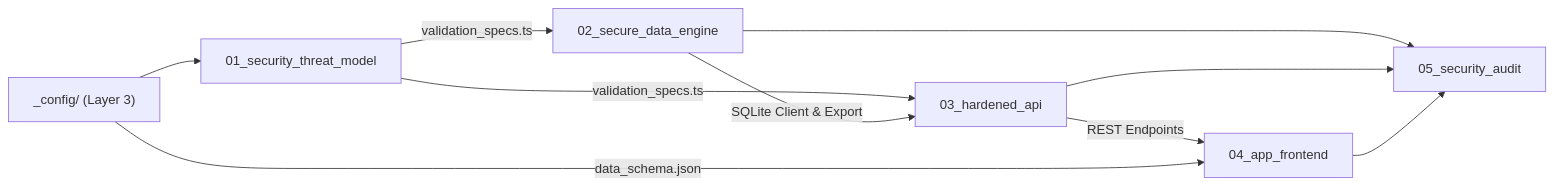
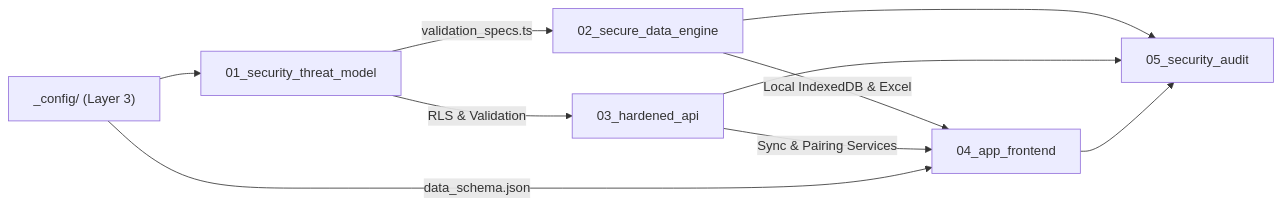
One commit to ZENN-NZ/Curate-CRM changed the diagram in ROUTING.md. Above: the diagram before and after it, drawn with Mermaid. The commit also changed other lines of this file and 25 other files, not shown here.

Commit message:
feat: local-first multi-tenant architecture with zero-login device pairing and supabase cloud sync

````diff
--- a/ROUTING.md
+++ b/ROUTING.md
@@ -21,10 +21,10 @@
 ```mermaid
 graph LR
     Config["_config/ (Layer 3)"] --> S1["01_security_threat_model"]
     S1 -->|validation_specs.ts| S2["02_secure_data_engine"]
-    S1 -->|validation_specs.ts| S3["03_hardened_api"]
-    S2 -->|SQLite Client & Export| S3
-    S3 -->|REST Endpoints| S4["04_app_frontend"]
+    S1 -->|RLS & Validation| S3["03_hardened_api"]
+    S2 -->|Local IndexedDB & Excel| S4["04_app_frontend"]
+    S3 -->|Sync & Pairing Services| S4
     Config -->|data_schema.json| S4
     S2 & S3 & S4 --> S5["05_security_audit"]
 ```
````
